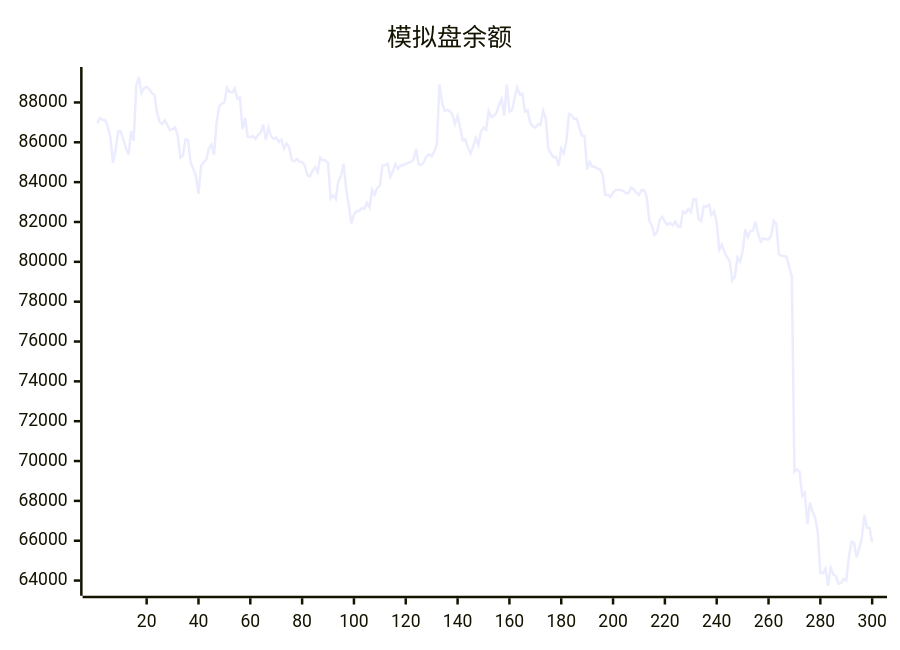
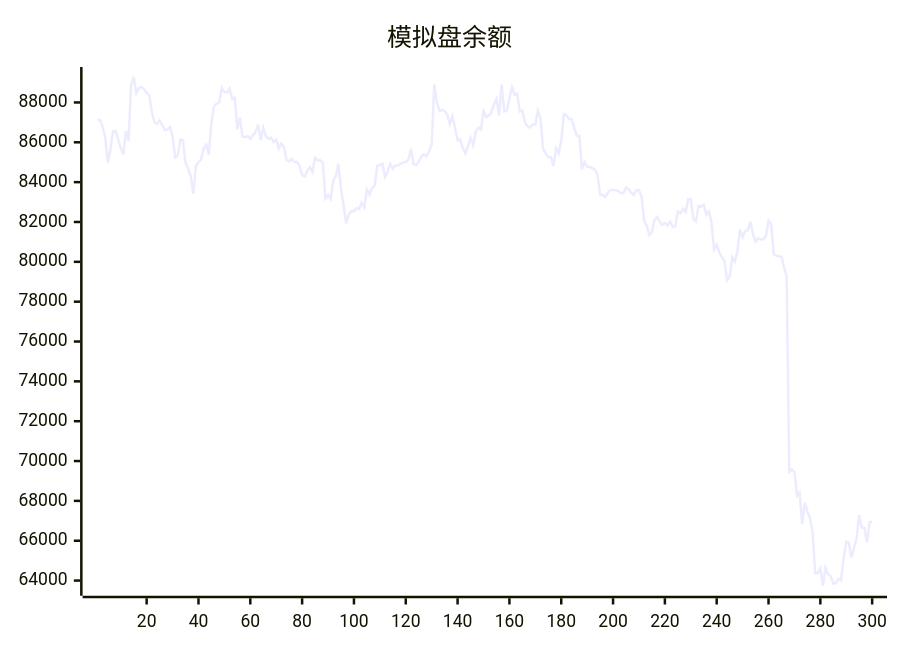
The diagram in README.md (aahl/ai-trading), drawn with Mermaid before and after one commit. The commit also changed other lines of this file and 1 other file, not shown here.

````diff
--- a/README.md
+++ b/README.md
@@ -5,5 +5,5 @@
 ```mermaid
 xychart
     title "模拟盘余额"
-    line [86965,87214,87115,87118,86780,86238,84966,85623,86555,86562,86129,85722,85387,86569,86070,88870,89278,88477,88720,88781,88668,88467,88372,87493,87018,86917,87102,86870,86613,86644,86758,86317,85242,85334,86149,86106,84968,84671,84302,83410,84816,85001,85127,85693,85891,85384,87001,87811,87945,88007,88734,88528,88495,88705,88189,88248,86662,87234,86279,86251,86314,86177,86364,86503,86886,86114,86731,86310,86176,86240,86017,86136,85685,85938,85749,85111,85044,85164,85016,85008,84824,84354,84287,84572,84745,84500,85234,85096,85095,84970,83180,83338,83157,84070,84309,84922,83667,82850,81924,82369,82552,82539,82695,82648,82962,82728,83619,83378,83710,83825,84819,84854,84917,84265,84527,84919,84668,84834,84850,84916,84981,85004,85131,85674,84891,84864,85019,85284,85393,85294,85538,85894,88904,88012,87567,87625,87568,87386,86920,87313,86737,86094,86143,85725,85437,85787,86219,85859,86526,86740,86630,87563,87264,87335,87483,87886,88180,87335,88894,87544,87608,88207,88755,88401,88444,87543,87608,87000,86810,86740,86894,86884,87576,87209,85686,85435,85251,85255,84820,85689,85453,86066,87420,87373,87161,87178,86740,86341,86315,84643,85012,84772,84768,84690,84635,84376,83360,83357,83259,83474,83608,83606,83602,83548,83440,83454,83724,83644,83464,83365,83590,83592,83275,82072,81806,81344,81492,82109,82254,82006,81848,81955,81829,82022,81769,81776,82522,82441,82656,82498,83144,83144,82150,82038,82797,82763,82872,82367,82536,81981,80612,80862,80484,80242,80034,79063,79245,80226,80016,80507,81625,81233,81544,81578,82016,81401,81019,81186,81130,81118,81306,82066,81909,80392,80304,80291,80258,79729,79261,69466,69579,69456,68251,68415,66832,67911,67462,67144,66432,64380,64375,64606,63740,64647,64324,64216,63842,63877,64078,64008,65156,65945,65888,65157,65625,66144,67284,66653,66639,65924]
+    line [87115,87118,86780,86238,84966,85623,86555,86562,86129,85722,85387,86569,86070,88870,89278,88477,88720,88781,88668,88467,88372,87493,87018,86917,87102,86870,86613,86644,86758,86317,85242,85334,86149,86106,84968,84671,84302,83410,84816,85001,85127,85693,85891,85384,87001,87811,87945,88007,88734,88528,88495,88705,88189,88248,86662,87234,86279,86251,86314,86177,86364,86503,86886,86114,86731,86310,86176,86240,86017,86136,85685,85938,85749,85111,85044,85164,85016,85008,84824,84354,84287,84572,84745,84500,85234,85096,85095,84970,83180,83338,83157,84070,84309,84922,83667,82850,81924,82369,82552,82539,82695,82648,82962,82728,83619,83378,83710,83825,84819,84854,84917,84265,84527,84919,84668,84834,84850,84916,84981,85004,85131,85674,84891,84864,85019,85284,85393,85294,85538,85894,88904,88012,87567,87625,87568,87386,86920,87313,86737,86094,86143,85725,85437,85787,86219,85859,86526,86740,86630,87563,87264,87335,87483,87886,88180,87335,88894,87544,87608,88207,88755,88401,88444,87543,87608,87000,86810,86740,86894,86884,87576,87209,85686,85435,85251,85255,84820,85689,85453,86066,87420,87373,87161,87178,86740,86341,86315,84643,85012,84772,84768,84690,84635,84376,83360,83357,83259,83474,83608,83606,83602,83548,83440,83454,83724,83644,83464,83365,83590,83592,83275,82072,81806,81344,81492,82109,82254,82006,81848,81955,81829,82022,81769,81776,82522,82441,82656,82498,83144,83144,82150,82038,82797,82763,82872,82367,82536,81981,80612,80862,80484,80242,80034,79063,79245,80226,80016,80507,81625,81233,81544,81578,82016,81401,81019,81186,81130,81118,81306,82066,81909,80392,80304,80291,80258,79729,79261,69466,69579,69456,68251,68415,66832,67911,67462,67144,66432,64380,64375,64606,63740,64647,64324,64216,63842,63877,64078,64008,65156,65945,65888,65157,65625,66144,67284,66653,66639,65924,66925,66956]
 ```
````
